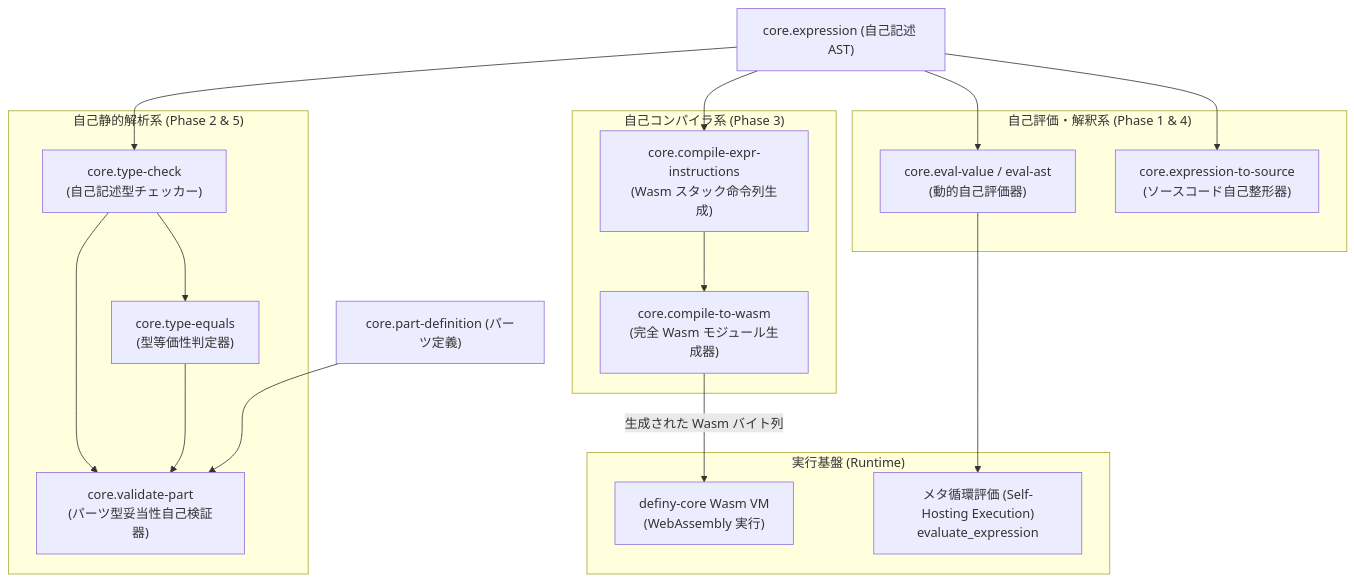
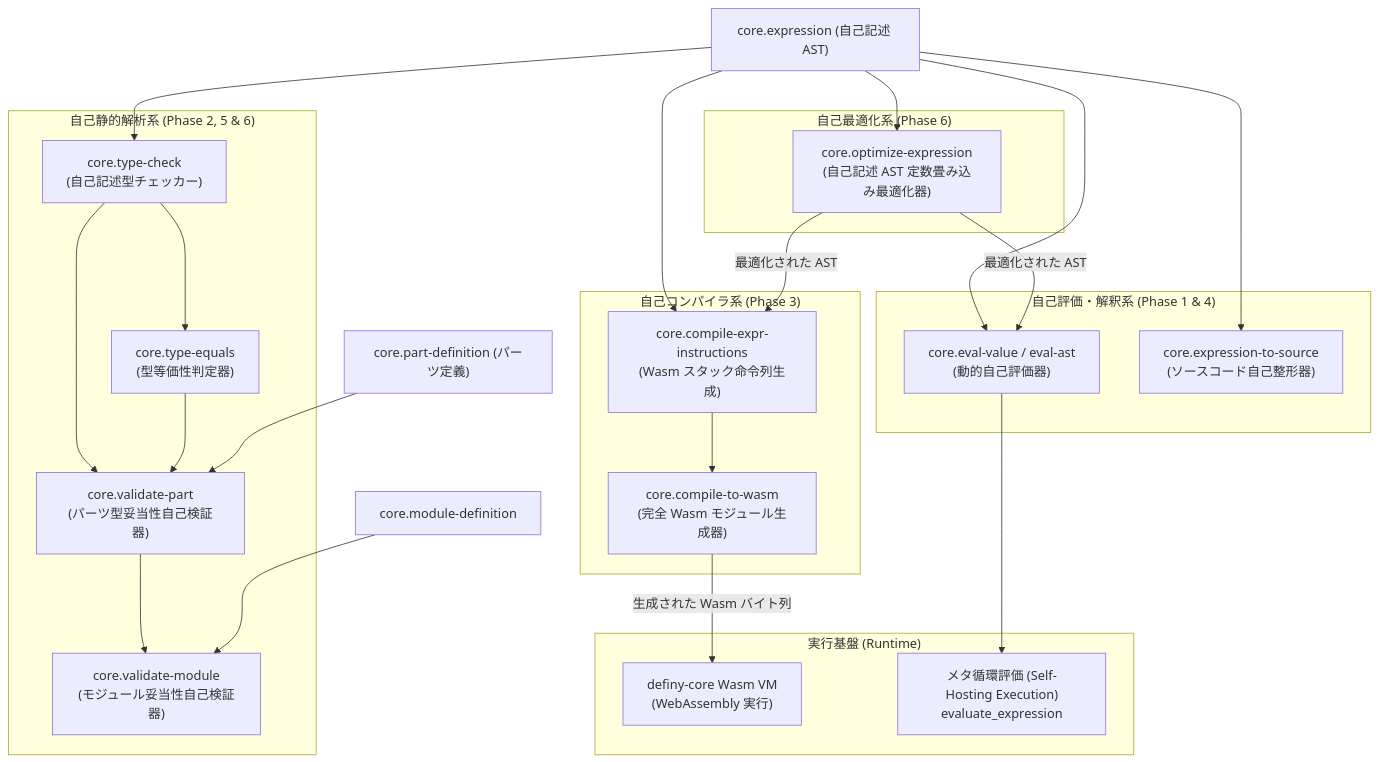
The diagram in docs/self-hosting.md (narumincho/definy), drawn with Mermaid before and after one commit. The commit also changed other lines of this file and 8 other files, not shown here.

Commit message:
feat: 自己記述AST最適化器 core.optimize-expression とモジュール自己検証器 core.validate-module を追加

````diff
--- a/docs/self-hosting.md
+++ b/docs/self-hosting.md
@@ -28,40 +28,51 @@
 ```mermaid
 graph TD
     ExpressionAST["core.expression (自己記述 AST)"]
     PartDef["core.part-definition (パーツ定義)"]
 
     subgraph "自己評価・解釈系 (Phase 1 & 4)"
         Evaluator["core.eval-value / eval-ast<br/>(動的自己評価器)"]
         Formatter["core.expression-to-source<br/>(ソースコード自己整形器)"]
     end
 
-    subgraph "自己静的解析系 (Phase 2 & 5)"
+    subgraph "自己静的解析系 (Phase 2, 5 & 6)"
         TypeChecker["core.type-check<br/>(自己記述型チェッカー)"]
         TypeEquals["core.type-equals<br/>(型等価性判定器)"]
-        Validator["core.validate-part<br/>(パーツ型妥当性自己検証器)"]
+        ValidatorPart["core.validate-part<br/>(パーツ型妥当性自己検証器)"]
+        ValidatorModule["core.validate-module<br/>(モジュール妥当性自己検証器)"]
+    end
+
+    subgraph "自己最適化系 (Phase 6)"
+        Optimizer["core.optimize-expression<br/>(自己記述 AST 定数畳み込み最適化器)"]
     end
 
     subgraph "自己コンパイラ系 (Phase 3)"
         CompileInstr["core.compile-expr-instructions<br/>(Wasm スタック命令列生成)"]
         CompileToWasm["core.compile-to-wasm<br/>(完全 Wasm モジュール生成器)"]
     end
 
     subgraph "実行基盤 (Runtime)"
         WasmVM["definy-core Wasm VM<br/>(WebAssembly 実行)"]
         MetaCircular["メタ循環評価 (Self-Hosting Execution)<br/>evaluate_expression"]
     end
 
     ExpressionAST --> Evaluator
     ExpressionAST --> Formatter
     ExpressionAST --> TypeChecker
+    ExpressionAST --> Optimizer
     ExpressionAST --> CompileInstr
 
+    Optimizer -->|最適化された AST| CompileInstr
+    Optimizer -->|最適化された AST| Evaluator
+
     TypeChecker --> TypeEquals
-    TypeChecker --> Validator
-    TypeEquals --> Validator
-    PartDef --> Validator
+    TypeChecker --> ValidatorPart
+    TypeEquals --> ValidatorPart
+    PartDef --> ValidatorPart
+    ValidatorPart --> ValidatorModule
+    ModuleDef["core.module-definition"] --> ValidatorModule
 
     CompileInstr --> CompileToWasm
     CompileToWasm -->|生成された Wasm バイト列| WasmVM
     Evaluator --> MetaCircular
 ```
````
